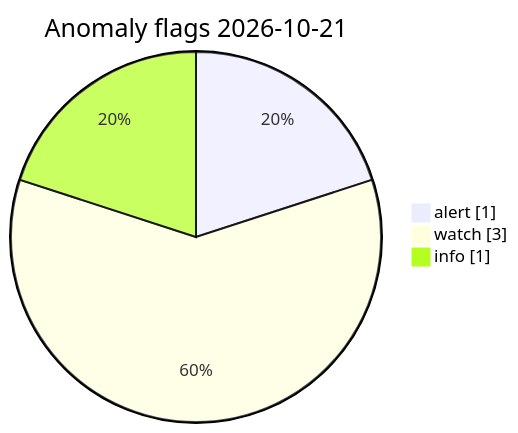
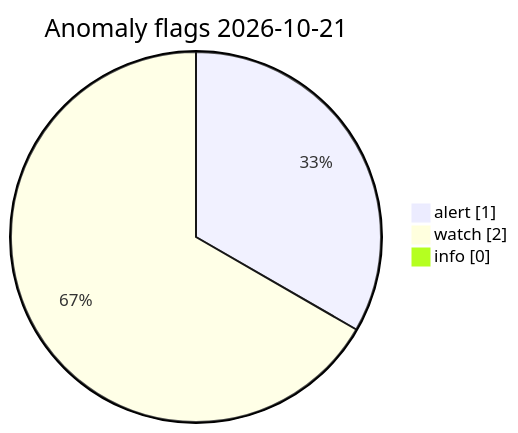
The diagram in visuals/latest/CHARTS.md (Midwest-Stratospheric/Unified-Open-Global-Weather), drawn with Mermaid before and after one commit. The commit also changed other lines of this file and 13 other files, not shown here.

Commit message:
data(visuals): automated charts 2026-10-21T14:34Z

````diff
--- a/visuals/latest/CHARTS.md
+++ b/visuals/latest/CHARTS.md
@@ -73,7 +73,7 @@
 ```mermaid
 pie showData
   title Anomaly flags 2026-10-21
   "alert" : 1
-  "watch" : 3
-  "info" : 1
+  "watch" : 2
+  "info" : 0
 ```
````
